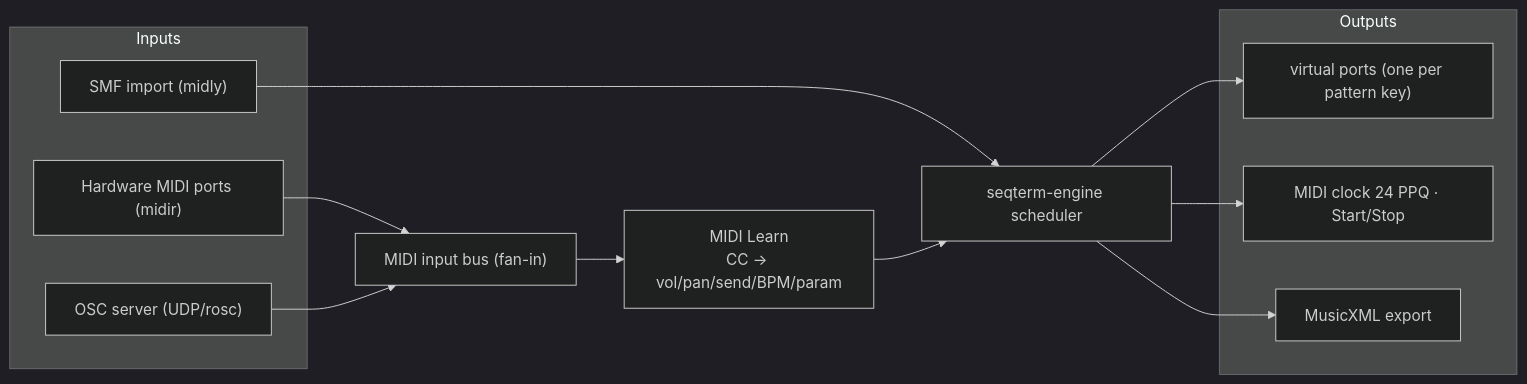
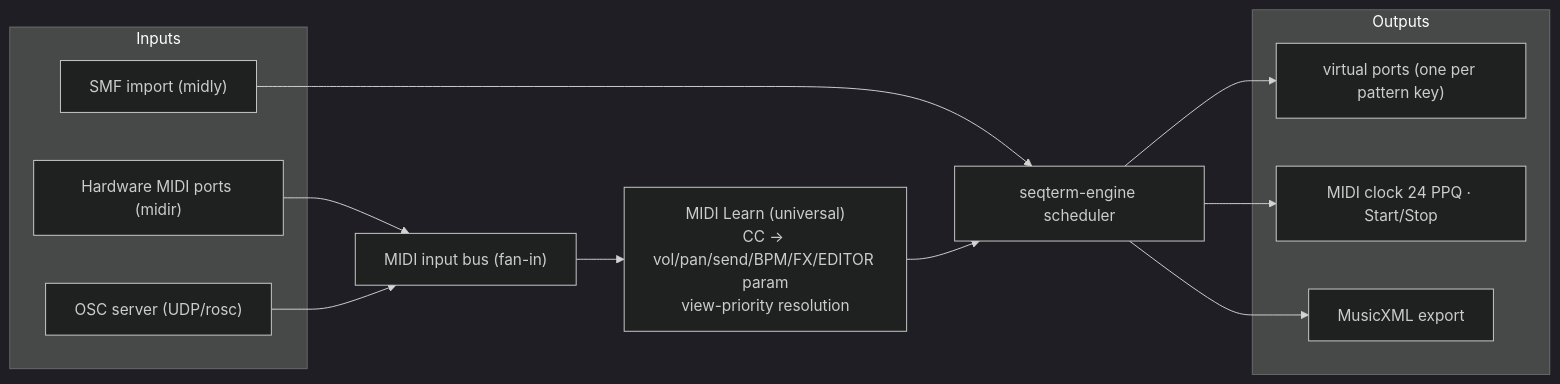
One commit to jacodelia/seqterm changed the diagram in docs/architecture/midi.md. Above: the diagram before and after it, drawn with Mermaid (dark theme). The commit also changed other lines of this file and 69 other files, not shown here.

````diff
--- a/docs/architecture/midi.md
+++ b/docs/architecture/midi.md
@@ -8,23 +8,23 @@
 ```mermaid
 flowchart LR
     subgraph In["Inputs"]
         HW["Hardware MIDI ports (midir)"]
         OSC["OSC server (UDP/rosc)"]
         SMF["SMF import (midly)"]
     end
     BUS["MIDI input bus (fan-in)"]
-    LEARN["MIDI Learn<br/>CC → vol/pan/send/BPM/param"]
+    LEARN["MIDI Learn (universal)<br/>CC → vol/pan/send/BPM/FX/EDITOR param<br/>view-priority resolution"]
     SCHED["seqterm-engine scheduler"]
     subgraph Out["Outputs"]
         VP["virtual ports (one per pattern key)"]
         CLK["MIDI clock 24 PPQ · Start/Stop"]
         XML["MusicXML export"]
     end
     HW --> BUS
     OSC --> BUS
     SMF --> SCHED
     BUS --> LEARN --> SCHED
     SCHED --> VP
     SCHED --> CLK
     SCHED --> XML
 ```
````
